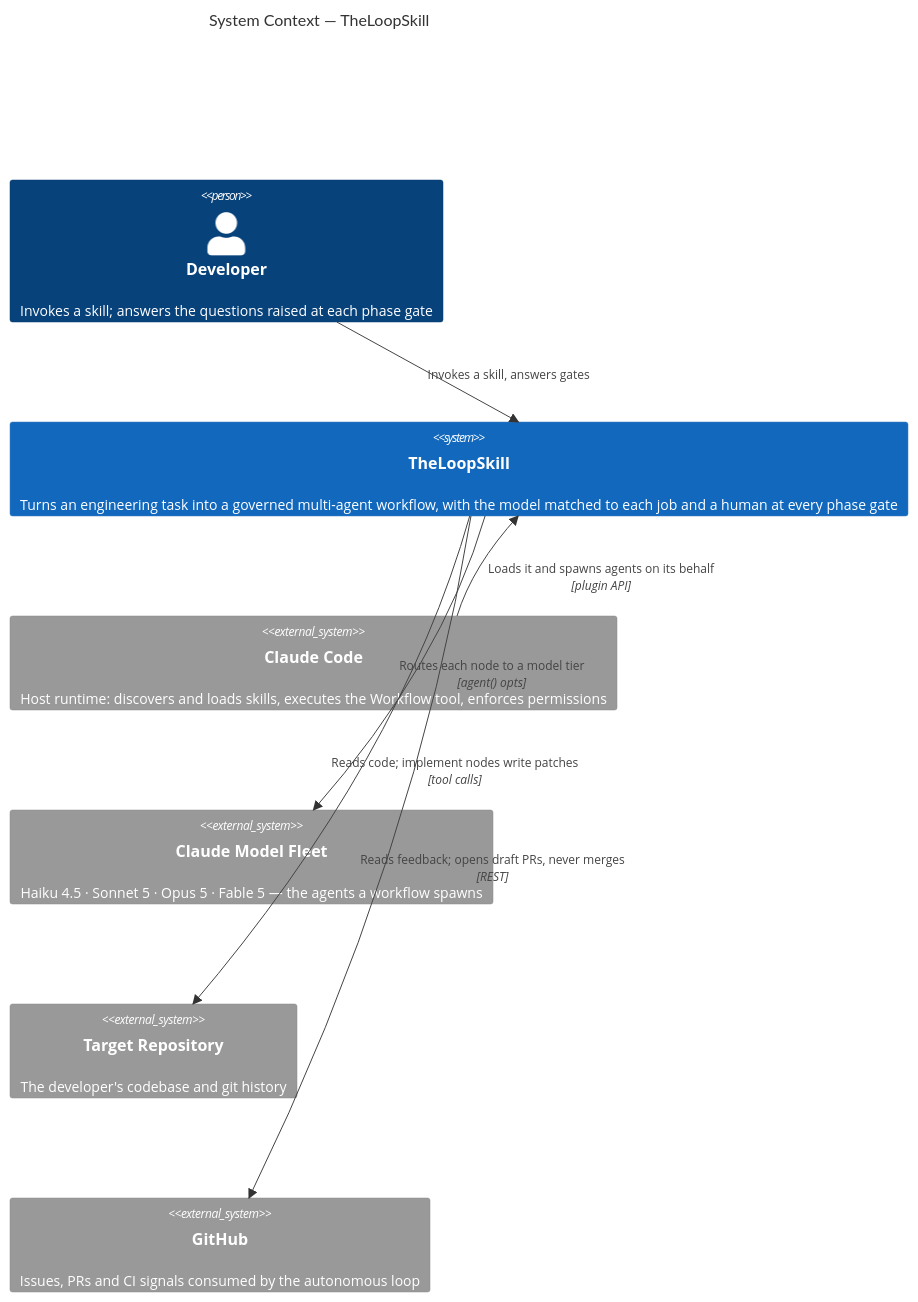
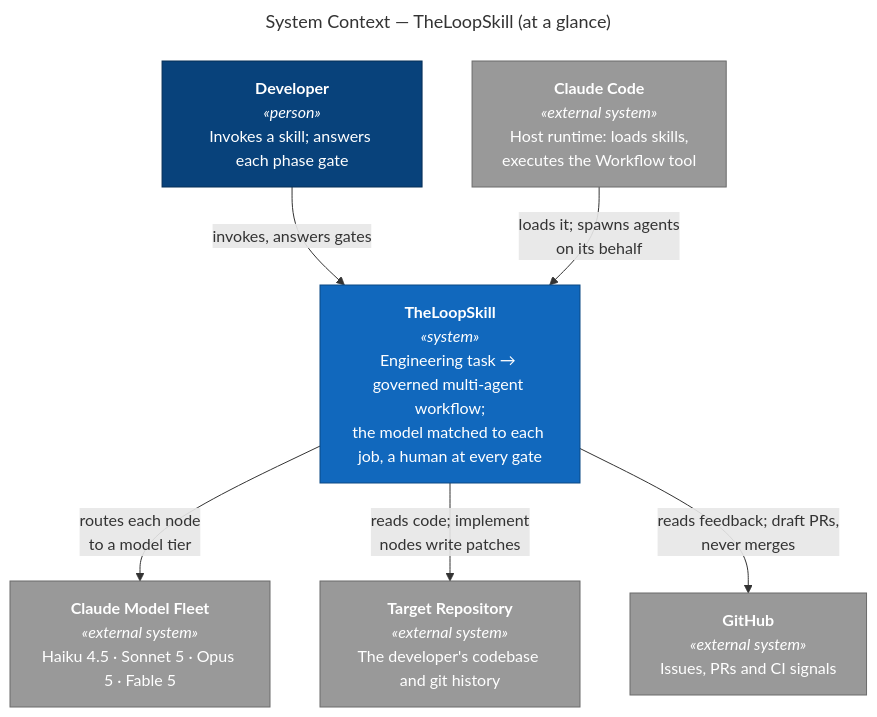
Before and after one commit to santapong/Proof: the diagram in docs/c4/diagrams/src/context-glance.mmd, drawn with Mermaid. The commit also changed 23 other files, not shown here.

First line of the commit message:
Re-author diagrams as C4-styled flowcharts — the mermaid C4 renderer is unreadable

```diff
--- a/docs/c4/diagrams/src/context-glance.mmd
+++ b/docs/c4/diagrams/src/context-glance.mmd
@@ -1,19 +1,25 @@
-C4Context
-    title System Context — TheLoopSkill
+---
+title: "System Context — TheLoopSkill (at a glance)"
+---
+flowchart TB
+    dev["<b>Developer</b><br/><i>«person»</i><br/>Invokes a skill; answers each phase gate"]
 
-    Person(dev, "Developer", "Invokes a skill; answers the questions raised at each phase gate")
+    tls["<b>TheLoopSkill</b><br/><i>«system»</i><br/>Engineering task → governed multi-agent workflow;<br/>the model matched to each job, a human at every gate"]
 
-    System(tls, "TheLoopSkill", "Turns an engineering task into a governed multi-agent workflow, with the model matched to each job and a human at every phase gate")
+    cc["<b>Claude Code</b><br/><i>«external system»</i><br/>Host runtime: loads skills,<br/>executes the Workflow tool"]
+    fleet["<b>Claude Model Fleet</b><br/><i>«external system»</i><br/>Haiku 4.5 · Sonnet 5 · Opus 5 · Fable 5"]
+    repo["<b>Target Repository</b><br/><i>«external system»</i><br/>The developer's codebase and git history"]
+    forge["<b>GitHub</b><br/><i>«external system»</i><br/>Issues, PRs and CI signals"]
 
-    System_Ext(cc, "Claude Code", "Host runtime: discovers and loads skills, executes the Workflow tool, enforces permissions")
-    System_Ext(fleet, "Claude Model Fleet", "Haiku 4.5 · Sonnet 5 · Opus 5 · Fable 5 — the agents a workflow spawns")
-    System_Ext(repo, "Target Repository", "The developer's codebase and git history")
-    System_Ext(forge, "GitHub", "Issues, PRs and CI signals consumed by the autonomous loop")
+    dev -- "invokes, answers gates" --> tls
+    cc -- "loads it; spawns agents<br/>on its behalf" --> tls
+    tls -- "routes each node<br/>to a model tier" --> fleet
+    tls -- "reads code; implement<br/>nodes write patches" --> repo
+    tls -- "reads feedback; draft PRs,<br/>never merges" --> forge
 
-    Rel(dev, tls, "Invokes a skill, answers gates")
-    Rel(cc, tls, "Loads it and spawns agents on its behalf", "plugin API")
-    Rel(tls, fleet, "Routes each node to a model tier", "agent() opts")
-    Rel(tls, repo, "Reads code; implement nodes write patches", "tool calls")
-    Rel(tls, forge, "Reads feedback; opens draft PRs, never merges", "REST")
-
-    UpdateLayoutConfig($c4ShapeInRow="3", $c4BoundaryInRow="1")
+    classDef person fill:#08427B,stroke:#052E56,color:#fff
+    classDef system fill:#1168BD,stroke:#0B4884,color:#fff
+    classDef ext fill:#999999,stroke:#6B6B6B,color:#fff
+    class dev person
+    class tls system
+    class cc,fleet,repo,forge ext
```
